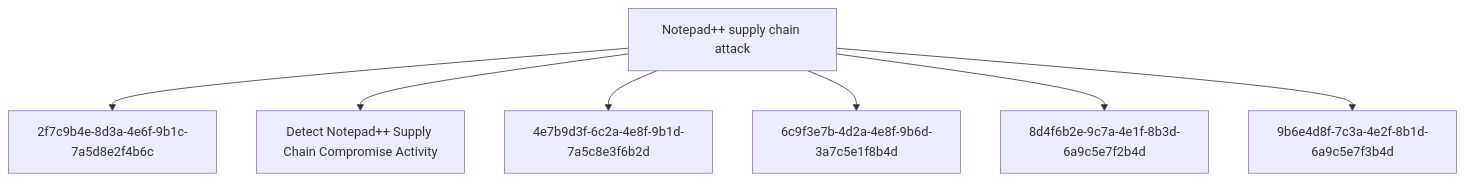
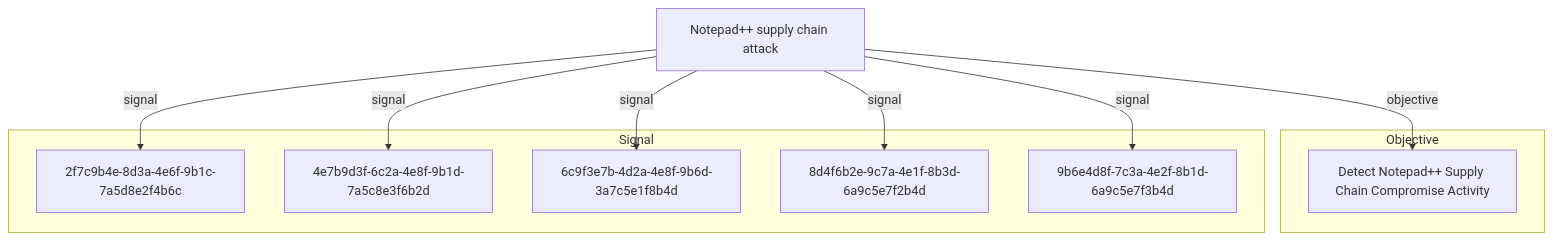
The diagram in docs/threats/notepad-supply-chain-attack.md (opentidehq/library), drawn with Mermaid before and after one commit. The commit also changed other lines of this file and 277 other files, not shown here.

````diff
--- a/docs/threats/notepad-supply-chain-attack.md
+++ b/docs/threats/notepad-supply-chain-attack.md
@@ -205,16 +237,20 @@
 ```mermaid
 flowchart TB
-8b7cae6f_b6cf_4414_9cdc_fe8c8ee7ee22["Notepad++ supply chain attack"]
+subgraph "Objective"
+3e8b5d7f_9c2a_4f6e_8b1d_7a4c9e3f6b2d["Detect Notepad++ Supply Chain Compromise Activity"]
+end
+subgraph "Signal"
 2f7c9b4e_8d3a_4e6f_9b1c_7a5d8e2f4b6c["2f7c9b4e-8d3a-4e6f-9b1c-7a5d8e2f4b6c"]
-3e8b5d7f_9c2a_4f6e_8b1d_7a4c9e3f6b2d["Detect Notepad++ Supply Chain Compromise Activity"]
 4e7b9d3f_6c2a_4e8f_9b1d_7a5c8e3f6b2d["4e7b9d3f-6c2a-4e8f-9b1d-7a5c8e3f6b2d"]
 6c9f3e7b_4d2a_4e8f_9b6d_3a7c5e1f8b4d["6c9f3e7b-4d2a-4e8f-9b6d-3a7c5e1f8b4d"]
 8d4f6b2e_9c7a_4e1f_8b3d_6a9c5e7f2b4d["8d4f6b2e-9c7a-4e1f-8b3d-6a9c5e7f2b4d"]
 9b6e4d8f_7c3a_4e2f_8b1d_6a9c5e7f3b4d["9b6e4d8f-7c3a-4e2f-8b1d-6a9c5e7f3b4d"]
-8b7cae6f_b6cf_4414_9cdc_fe8c8ee7ee22 --> 2f7c9b4e_8d3a_4e6f_9b1c_7a5d8e2f4b6c
-8b7cae6f_b6cf_4414_9cdc_fe8c8ee7ee22 --> 3e8b5d7f_9c2a_4f6e_8b1d_7a4c9e3f6b2d
-8b7cae6f_b6cf_4414_9cdc_fe8c8ee7ee22 --> 4e7b9d3f_6c2a_4e8f_9b1d_7a5c8e3f6b2d
-8b7cae6f_b6cf_4414_9cdc_fe8c8ee7ee22 --> 6c9f3e7b_4d2a_4e8f_9b6d_3a7c5e1f8b4d
-8b7cae6f_b6cf_4414_9cdc_fe8c8ee7ee22 --> 8d4f6b2e_9c7a_4e1f_8b3d_6a9c5e7f2b4d
-8b7cae6f_b6cf_4414_9cdc_fe8c8ee7ee22 --> 9b6e4d8f_7c3a_4e2f_8b1d_6a9c5e7f3b4d
+end
+8b7cae6f_b6cf_4414_9cdc_fe8c8ee7ee22["Notepad++ supply chain attack"]
+8b7cae6f_b6cf_4414_9cdc_fe8c8ee7ee22 -->|objective| 3e8b5d7f_9c2a_4f6e_8b1d_7a4c9e3f6b2d
+8b7cae6f_b6cf_4414_9cdc_fe8c8ee7ee22 -->|signal| 2f7c9b4e_8d3a_4e6f_9b1c_7a5d8e2f4b6c
+8b7cae6f_b6cf_4414_9cdc_fe8c8ee7ee22 -->|signal| 4e7b9d3f_6c2a_4e8f_9b1d_7a5c8e3f6b2d
+8b7cae6f_b6cf_4414_9cdc_fe8c8ee7ee22 -->|signal| 6c9f3e7b_4d2a_4e8f_9b6d_3a7c5e1f8b4d
+8b7cae6f_b6cf_4414_9cdc_fe8c8ee7ee22 -->|signal| 8d4f6b2e_9c7a_4e1f_8b3d_6a9c5e7f2b4d
+8b7cae6f_b6cf_4414_9cdc_fe8c8ee7ee22 -->|signal| 9b6e4d8f_7c3a_4e2f_8b1d_6a9c5e7f3b4d
 ```
````
